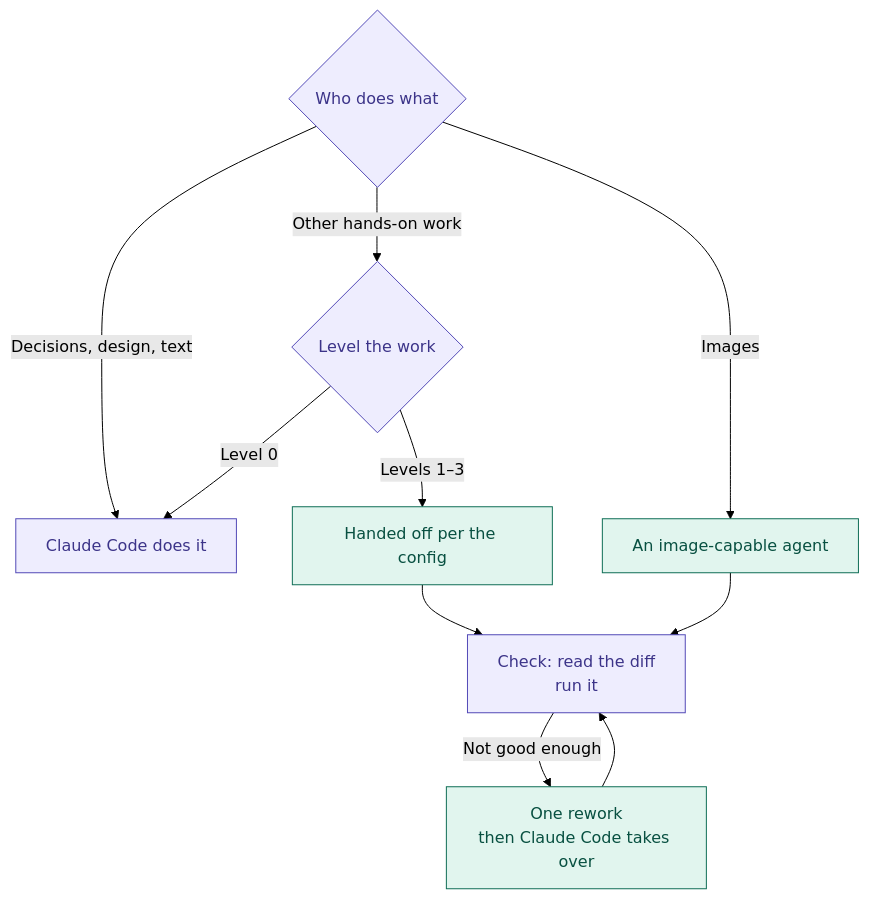
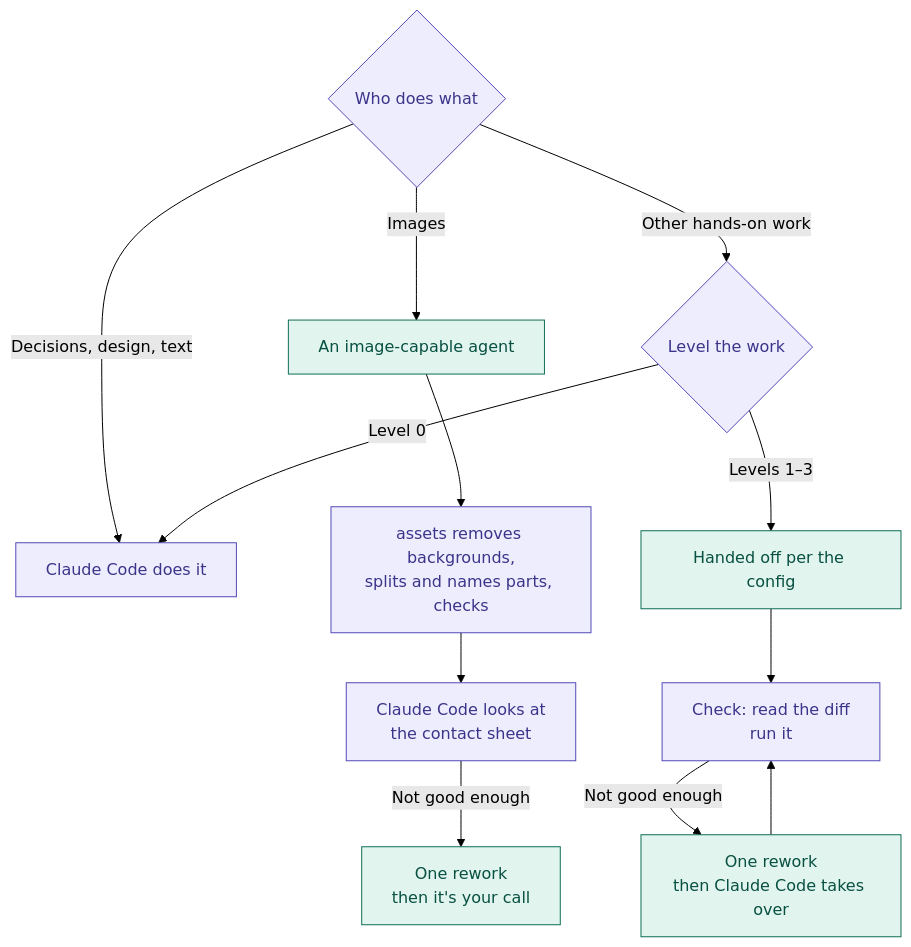
One commit to DaydayupV/claude-foreman changed the third of 4 diagrams in README.en.md. Above: the diagram before and after it, drawn with Mermaid (forest theme). The commit also changed other lines of this file and 27 other files, not shown here.

````diff
--- a/README.en.md
+++ b/README.en.md
@@ -62,17 +62,19 @@
 ```mermaid
 flowchart TD
     r0{"Who does what"} -- "Decisions, design, text" --> rself["Claude Code does it"]
     r0 -- "Images" --> rimg["An image-capable agent"]
     r0 -- "Other hands-on work" --> rlevel{"Level the work"}
     rlevel -- "Level 0" --> rself
     rlevel -- "Levels 1–3" --> rrun["Handed off per the config"]
     rrun --> rcheck["Check: read the diff<br/>run it"]
-    rimg --> rcheck
+    rimg --> rasset["assets removes backgrounds,<br/>splits and names parts, checks"]
+    rasset --> rimgcheck["Claude Code looks at<br/>the contact sheet"]
+    rimgcheck -- "Not good enough" --> rimgredo["One rework<br/>then it's your call"]
     rcheck -- "Not good enough" --> rrework["One rework<br/>then Claude Code takes over"]
     rrework --> rcheck
 
     classDef claude fill:#EEEDFE,stroke:#534AB7,color:#3C3489
     classDef agent fill:#E1F5EE,stroke:#0F6E56,color:#085041
-    class r0,rself,rlevel,rcheck claude
-    class rimg,rrun,rrework agent
+    class r0,rself,rlevel,rcheck,rasset,rimgcheck claude
+    class rimg,rrun,rrework,rimgredo agent
 ```
````
